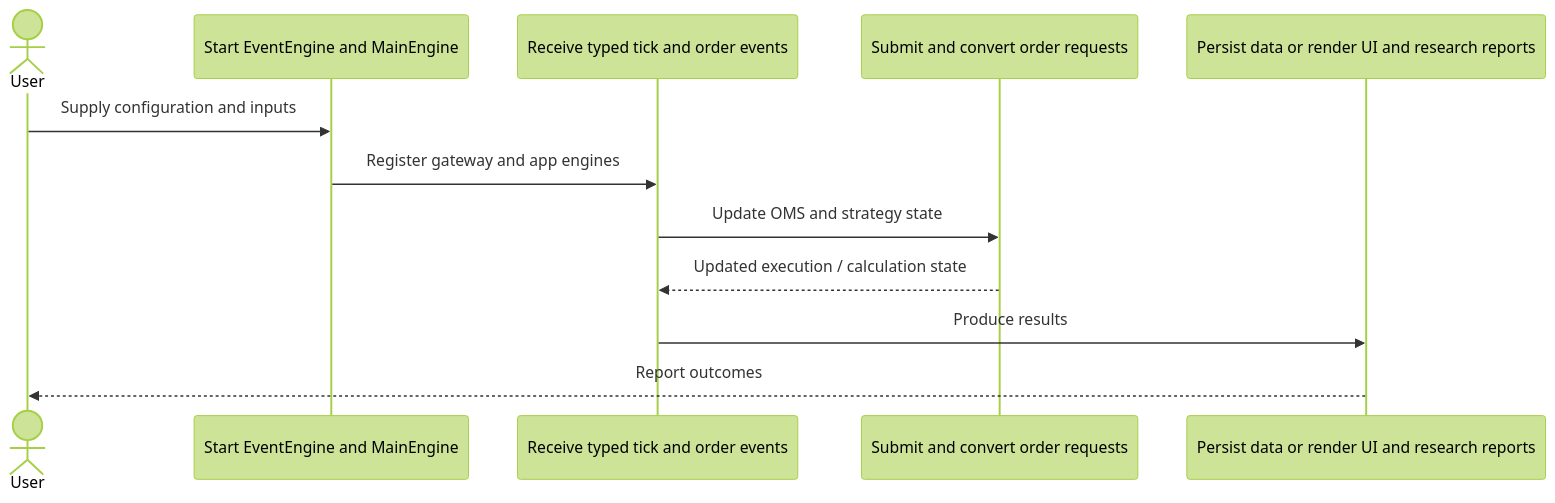
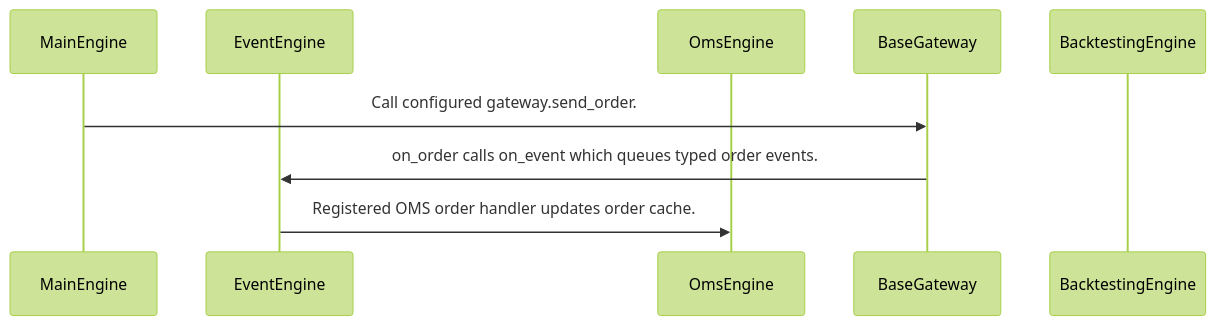
The fourth of 4 diagrams in docs/ayu-develop.md (alexcwyu/vnpy), drawn with Mermaid (forest theme) before and after one commit. The commit also changed other lines of this file and 13 other files, not shown here.

Commit message:
docs: standardize source-reviewed system guides and offline diagrams

````diff
--- a/docs/ayu-develop.md
+++ b/docs/ayu-develop.md
@@ -125,14 +166,11 @@
 ```mermaid
 sequenceDiagram
-    actor User
-    participant Entry as Start EventEngine and MainEngine
-    participant Process as Receive typed tick and order events
-    participant State as Submit and convert order requests
-    participant Output as Persist data or render UI and research reports
-    User->>Entry: Supply configuration and inputs
-    Entry->>Process: Register gateway and app engines
-    Process->>State: Update OMS and strategy state
-    State-->>Process: Updated execution / calculation state
-    Process->>Output: Produce results
-    Output-->>User: Report outcomes
+  participant N0 as MainEngine
+  participant N1 as EventEngine
+  participant N2 as OmsEngine
+  participant N3 as BaseGateway
+  participant N4 as BacktestingEngine
+  N0->>N3: Call configured gateway.send_order.
+  N3->>N1: on_order calls on_event which queues typed order events.
+  N1->>N2: Registered OMS order handler updates order cache.
 ```
````
